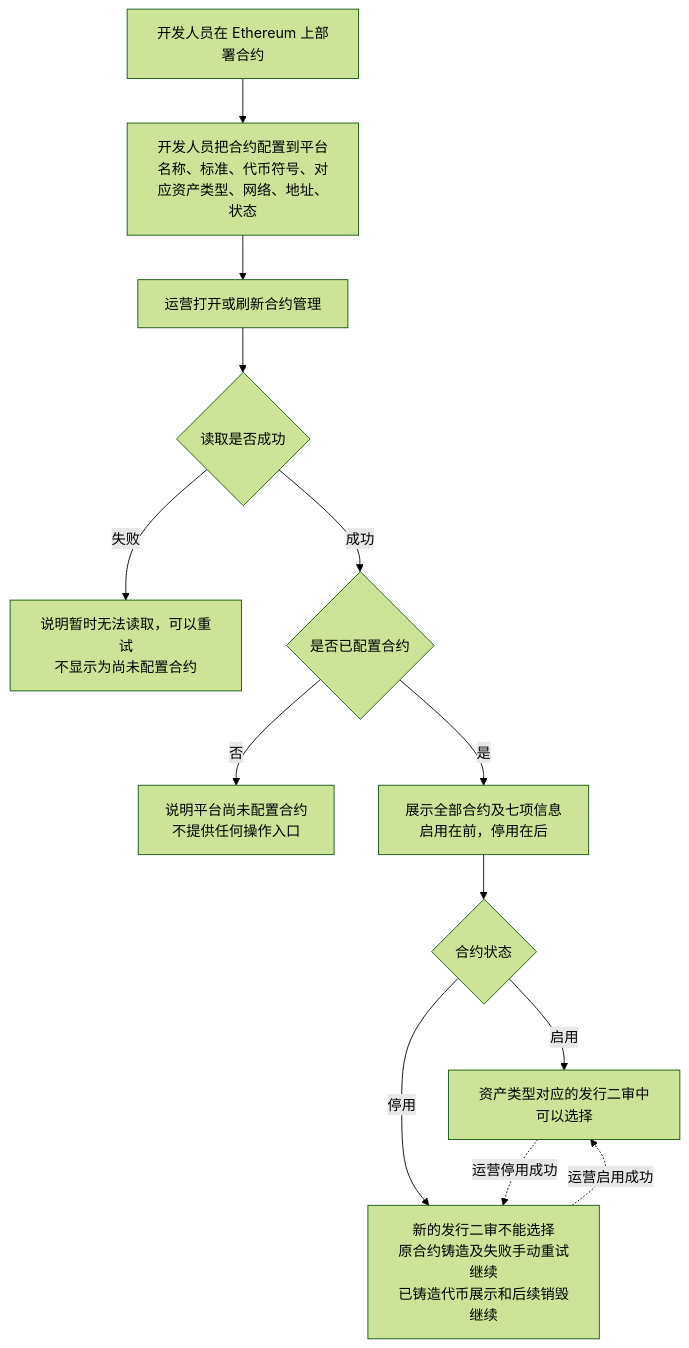
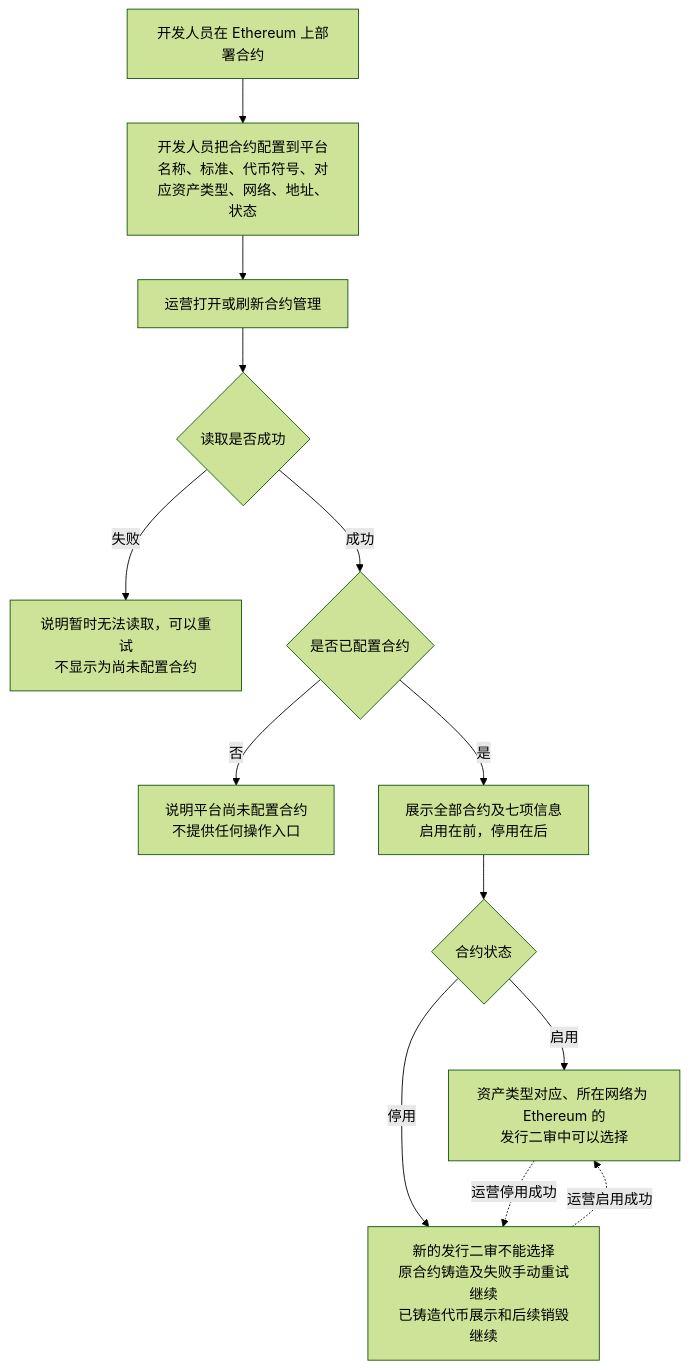
The first of 4 diagrams in token-issuance-platform/PRD/管理端/M6-合约管理/02-合约管理-流程图与状态机.md (wxblockchain/Chain-Financing), drawn with Mermaid (forest theme) before and after one commit. The commit also changed other lines of this file and 32 other files, not shown here.

````diff
--- a/token-issuance-platform/PRD/管理端/M6-合约管理/02-合约管理-流程图与状态机.md
+++ b/token-issuance-platform/PRD/管理端/M6-合约管理/02-合约管理-流程图与状态机.md
@@ -19,15 +19,15 @@
 ```mermaid
 flowchart TD
     A[开发人员在 Ethereum 上部署合约] --> B[开发人员把合约配置到平台<br/>名称、标准、代币符号、对应资产类型、网络、地址、状态]
     B --> C[运营打开或刷新合约管理]
     C --> D{读取是否成功}
     D -->|失败| D1[说明暂时无法读取，可以重试<br/>不显示为尚未配置合约]
     D -->|成功| E{是否已配置合约}
     E -->|否| E1[说明平台尚未配置合约<br/>不提供任何操作入口]
     E -->|是| F[展示全部合约及七项信息<br/>启用在前，停用在后]
     F --> G{合约状态}
-    G -->|启用| H[资产类型对应的发行二审中可以选择]
+    G -->|启用| H[资产类型对应、所在网络为 Ethereum 的<br/>发行二审中可以选择]
     G -->|停用| I[新的发行二审不能选择<br/>原合约铸造及失败手动重试继续<br/>已铸造代币展示和后续销毁继续]
     H -.运营停用成功.-> I
     I -.运营启用成功.-> H
 ```
````
